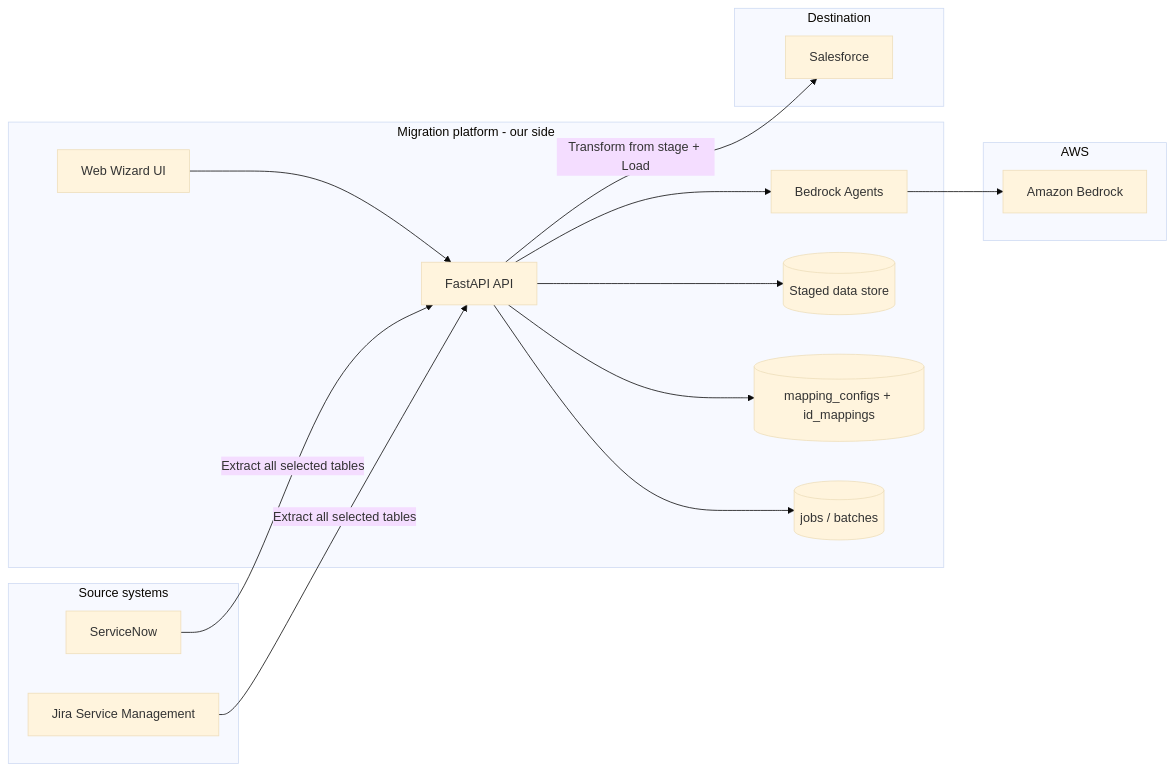
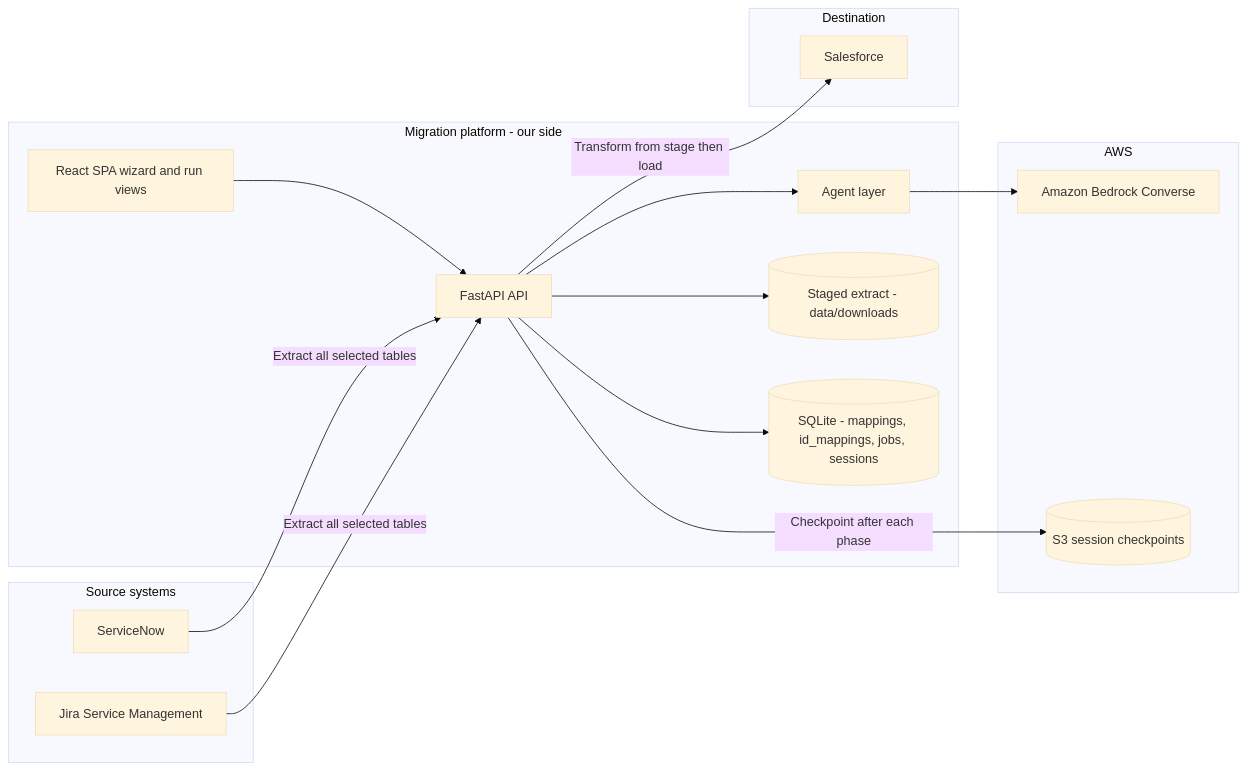
Before and after one commit to shahid-rawther/SF-Data-Migration-LLM: the first of 10 diagrams in docs/ARCHITECTURE.md, drawn with Mermaid (base theme). The commit also changed other lines of this file and 76 other files, not shown here.

````diff
--- a/docs/ARCHITECTURE.md
+++ b/docs/ARCHITECTURE.md
@@ -20,34 +24,34 @@
 ```mermaid
 flowchart LR
   subgraph sources [Source systems]
     SN[ServiceNow]
     JSM[Jira Service Management]
   end
 
   subgraph platform [Migration platform - our side]
+    UI[React SPA wizard and run views]
     API[FastAPI API]
-    UI[Web Wizard UI]
-    Agents[Bedrock Agents]
-    Stage[(Staged data store)]
-    Maps[(mapping_configs + id_mappings)]
-    Jobs[(jobs / batches)]
+    Agents[Agent layer]
+    Stage[(Staged extract - data/downloads)]
+    DB[(SQLite - mappings, id_mappings, jobs, sessions)]
   end
 
   subgraph dest [Destination]
     SF[Salesforce]
   end
 
   subgraph aws [AWS]
-    BR[Amazon Bedrock]
+    BR[Amazon Bedrock Converse]
+    S3[(S3 session checkpoints)]
   end
 
   UI --> API
   SN -->|Extract all selected tables| API
   JSM -->|Extract all selected tables| API
   API --> Stage
-  API --> Maps
-  API --> Jobs
+  API --> DB
+  API --> Agents
   Agents --> BR
-  API --> Agents
-  API -->|Transform from stage + Load| SF
+  API -->|Transform from stage then load| SF
+  API -->|Checkpoint after each phase| S3
 ```
````
